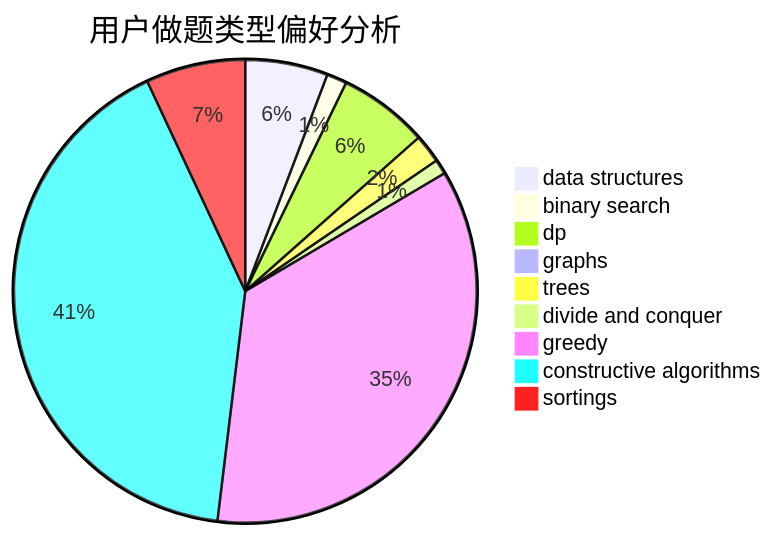
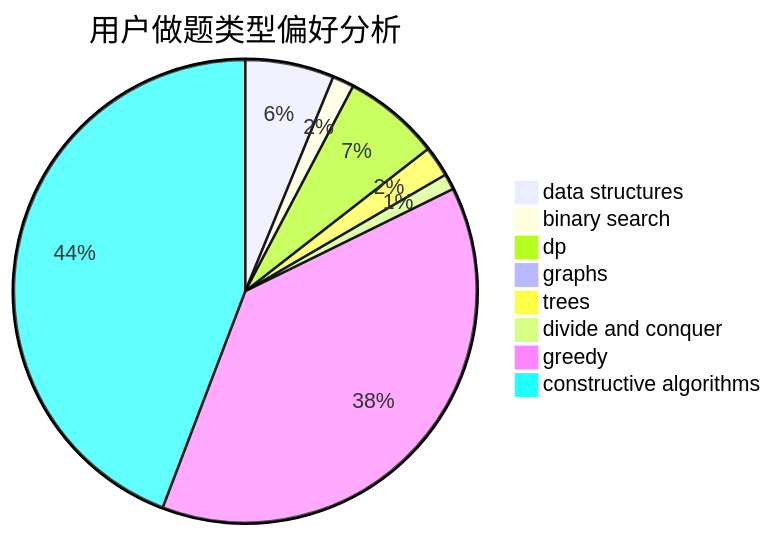
One commit to sherpahu/cfrs.github.io changed the second of 3 diagrams in docs/user/u1613.md. Above: the diagram before and after it, drawn with Mermaid. The commit also changed other lines of this file and 2769 other files, not shown here.

````diff
--- a/docs/user/u1613.md
+++ b/docs/user/u1613.md
@@ -18,12 +18,11 @@
 ```mermaid
 pie title 用户做题类型偏好分析
     "data structures" :  78
     "binary search" :  19
     "dp" :  85
     "graphs" :  5
     "trees" :  27
     "divide and conquer" :  14
     "greedy" :  479
     "constructive algorithms" :  556
-    "sortings" :  94
 ```
````
